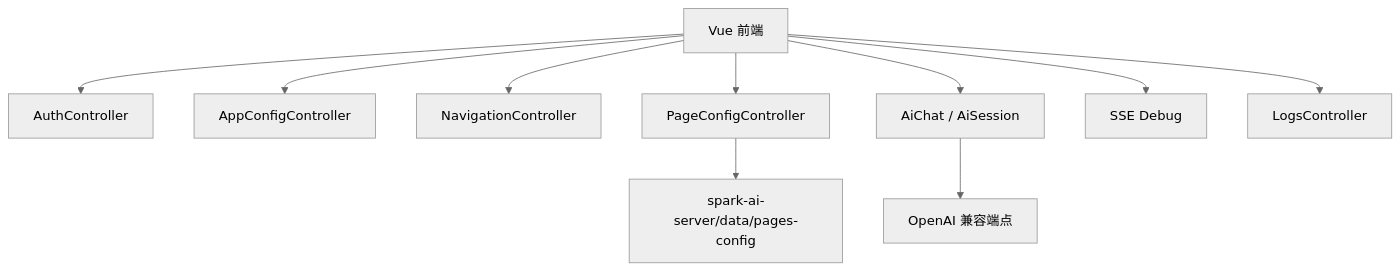
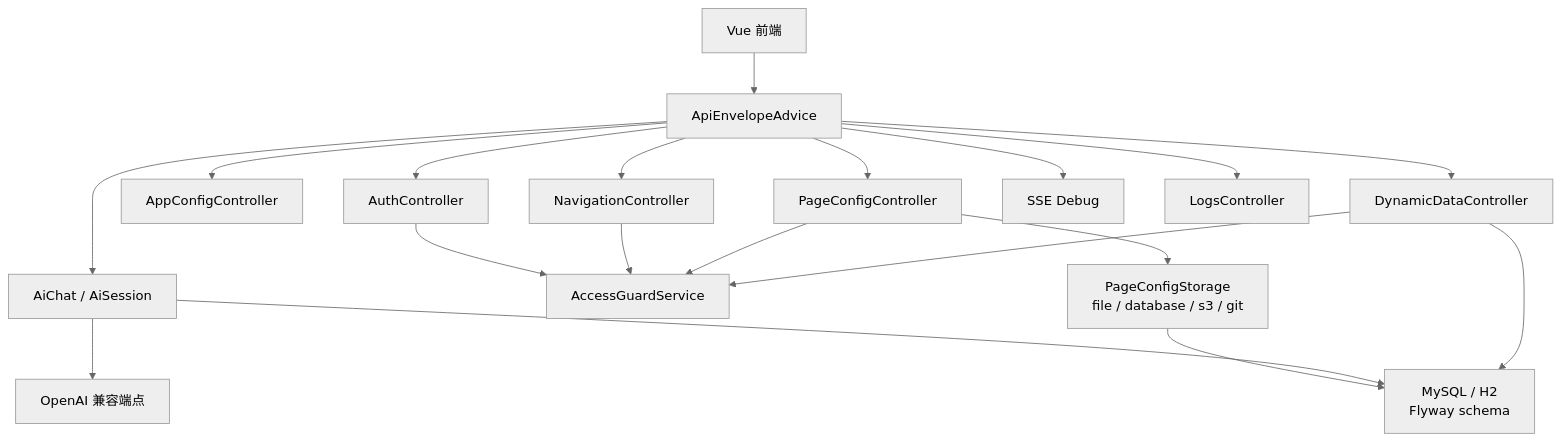
Diagram 14 of 16 in docs/SPARK_VIEW_PROJECT_DEEP_DIVE_ZH.md (LMSpark/spark-view-vue), drawn with Mermaid (neutral theme) before and after one commit. The commit also changed other lines of this file and 10 other files, not shown here.

````diff
--- a/docs/SPARK_VIEW_PROJECT_DEEP_DIVE_ZH.md
+++ b/docs/SPARK_VIEW_PROJECT_DEEP_DIVE_ZH.md
@@ -642,23 +699,36 @@
 ```mermaid
 flowchart TB
   FE["Vue 前端"]
   Auth["AuthController"]
   Config["AppConfigController"]
   Nav["NavigationController"]
   Page["PageConfigController"]
   AI["AiChat / AiSession"]
+  Data["DynamicDataController"]
   Debug["SSE Debug"]
   Logs["LogsController"]
-  Storage["spark-ai-server/data/pages-config"]
+  Envelope["ApiEnvelopeAdvice"]
+  Guard["AccessGuardService"]
+  Storage["PageConfigStorage<br/>file / database / s3 / git"]
+  DB["MySQL / H2<br/>Flyway schema"]
   LLM["OpenAI 兼容端点"]
 
-  FE --> Auth
-  FE --> Config
-  FE --> Nav
-  FE --> Page
-  FE --> AI
-  FE --> Debug
-  FE --> Logs
+  FE --> Envelope
+  Envelope --> Auth
+  Envelope --> Config
+  Envelope --> Nav
+  Envelope --> Page
+  Envelope --> AI
+  Envelope --> Data
+  Envelope --> Debug
+  Envelope --> Logs
+  Auth --> Guard
+  Nav --> Guard
+  Page --> Guard
+  Data --> Guard
   Page --> Storage
+  Storage --> DB
+  AI --> DB
+  Data --> DB
   AI --> LLM
 ```
````
